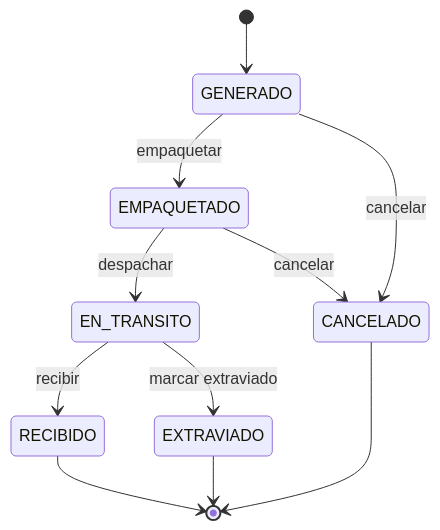
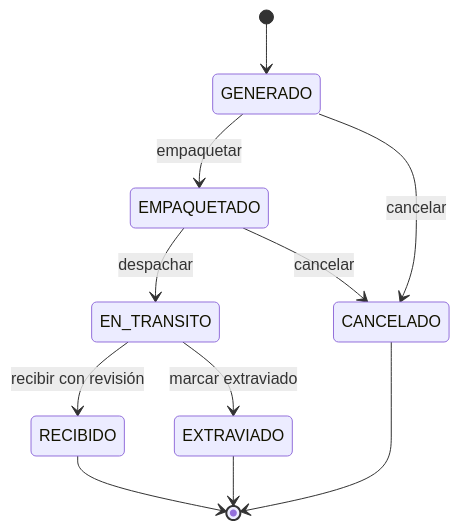
Before and after one commit to Maximiliano018/TPI-DAO: the second of 7 diagrams in ARCHITECTURE.md, drawn with Mermaid. The commit also changed other lines of this file and 3 other files, not shown here.

````diff
--- a/ARCHITECTURE.md
+++ b/ARCHITECTURE.md
@@ -246,13 +381,13 @@
 ```mermaid
 stateDiagram-v2
     [*] --> GENERADO
     GENERADO --> EMPAQUETADO: empaquetar
     GENERADO --> CANCELADO: cancelar
     EMPAQUETADO --> EN_TRANSITO: despachar
     EMPAQUETADO --> CANCELADO: cancelar
-    EN_TRANSITO --> RECIBIDO: recibir
+    EN_TRANSITO --> RECIBIDO: recibir con revisión
     EN_TRANSITO --> EXTRAVIADO: marcar extraviado
     RECIBIDO --> [*]
     EXTRAVIADO --> [*]
     CANCELADO --> [*]
 ```
````
